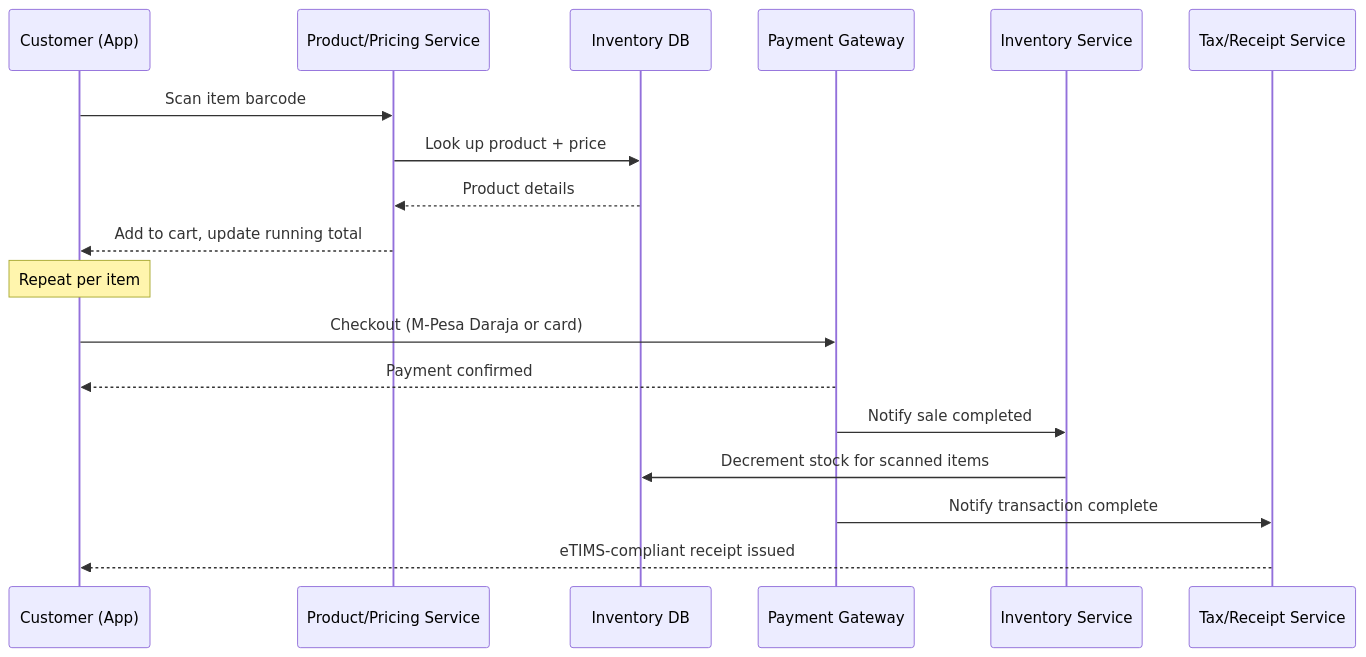
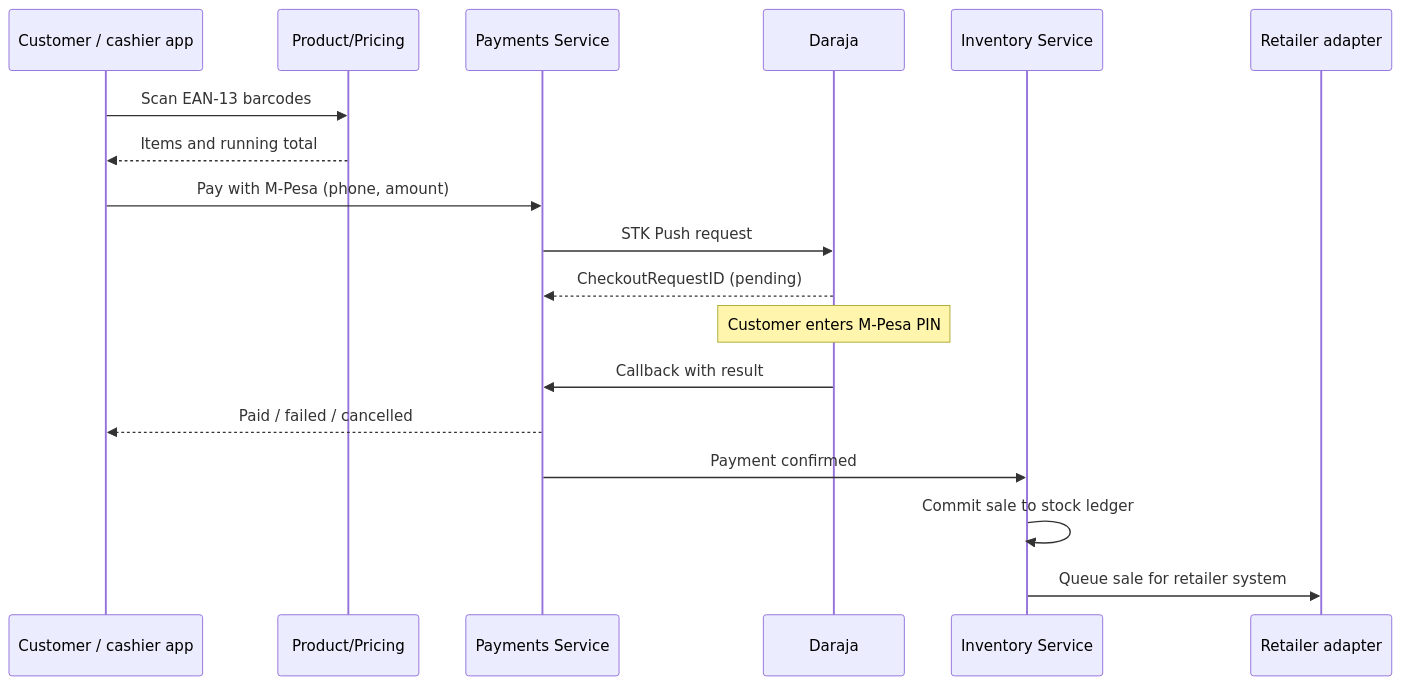
The second of 3 diagrams in docs/architecture.md (ako5117/smart_shopping), drawn with Mermaid before and after one commit. The commit also changed other lines of this file and 4 other files, not shown here.

````diff
--- a/docs/architecture.md
+++ b/docs/architecture.md
@@ -48,22 +55,21 @@
 ```mermaid
 sequenceDiagram
-    participant C as Customer (App)
-    participant PS as Product/Pricing Service
-    participant DB as Inventory DB
-    participant PAY as Payment Gateway
-    participant IS as Inventory Service
-    participant TAX as Tax/Receipt Service
+    participant C as Customer / cashier app
+    participant PP as Product/Pricing
+    participant PAY as Payments Service
+    participant D as Daraja
+    participant INV as Inventory Service
+    participant ADP as Retailer adapter
 
-    C->>PS: Scan item barcode
-    PS->>DB: Look up product + price
-    DB-->>PS: Product details
-    PS-->>C: Add to cart, update running total
-    Note over C: Repeat per item
-
-    C->>PAY: Checkout (M-Pesa Daraja or card)
-    PAY-->>C: Payment confirmed
-    PAY->>IS: Notify sale completed
-    IS->>DB: Decrement stock for scanned items
-    PAY->>TAX: Notify transaction complete
-    TAX-->>C: eTIMS-compliant receipt issued
+    C->>PP: Scan EAN-13 barcodes
+    PP-->>C: Items and running total
+    C->>PAY: Pay with M-Pesa (phone, amount)
+    PAY->>D: STK Push request
+    D-->>PAY: CheckoutRequestID (pending)
+    Note over D: Customer enters M-Pesa PIN
+    D->>PAY: Callback with result
+    PAY-->>C: Paid / failed / cancelled
+    PAY->>INV: Payment confirmed
+    INV->>INV: Commit sale to stock ledger
+    INV->>ADP: Queue sale for retailer system
 ```
````
